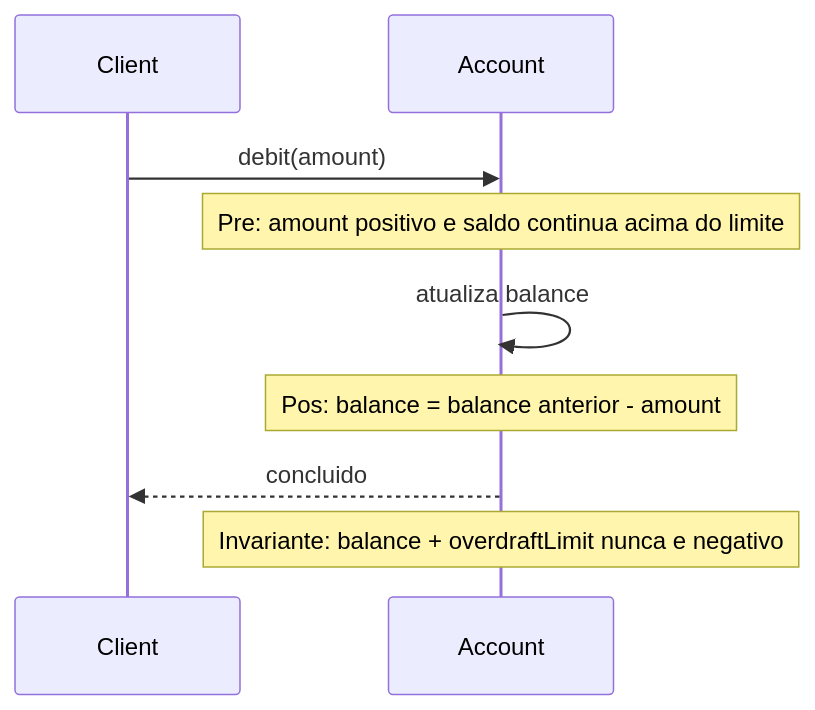
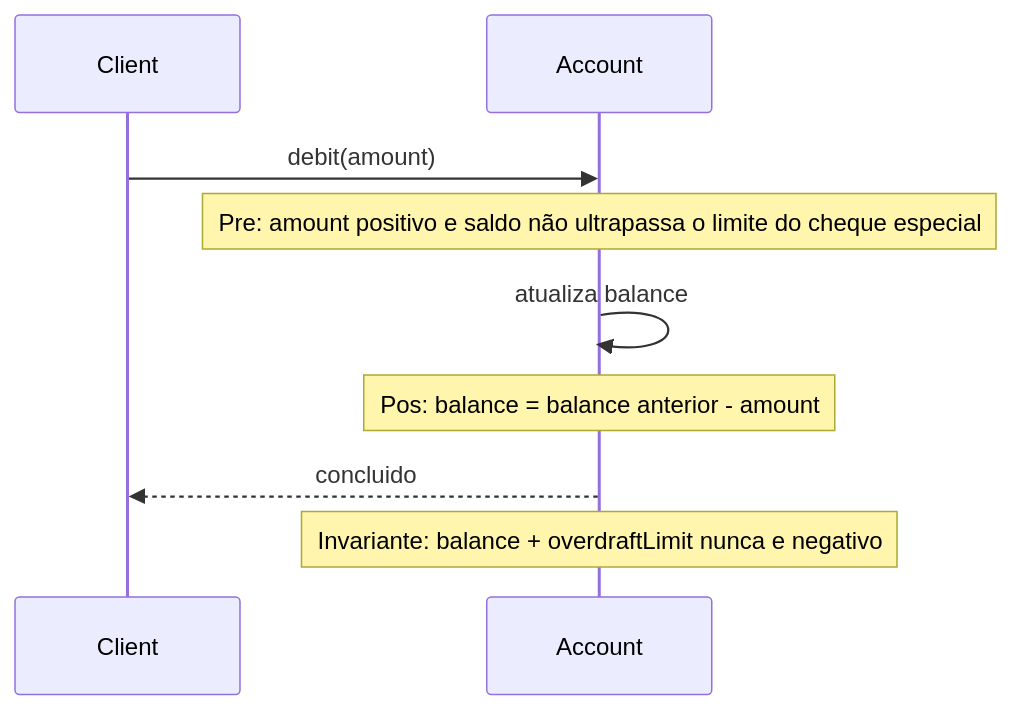
Before and after one commit to alancesar/design-patterns: the diagram in docs/design/ddd/supple-design/assertions.md, drawn with Mermaid. The commit also changed other lines of this file and 18 other files, not shown here.

````diff
--- a/docs/design/ddd/supple-design/assertions.md
+++ b/docs/design/ddd/supple-design/assertions.md
@@ -54,11 +54,11 @@
 ```mermaid
 sequenceDiagram
     participant C as Client
     participant A as Account
     C->>A: debit(amount)
-    Note over A: Pre: amount positivo e saldo continua acima do limite
+    Note over A: Pre: amount positivo e saldo não ultrapassa o limite do cheque especial
     A->>A: atualiza balance
     Note over A: Pos: balance = balance anterior - amount
     A-->>C: concluido
     Note over A: Invariante: balance + overdraftLimit nunca e negativo
 ```
````
